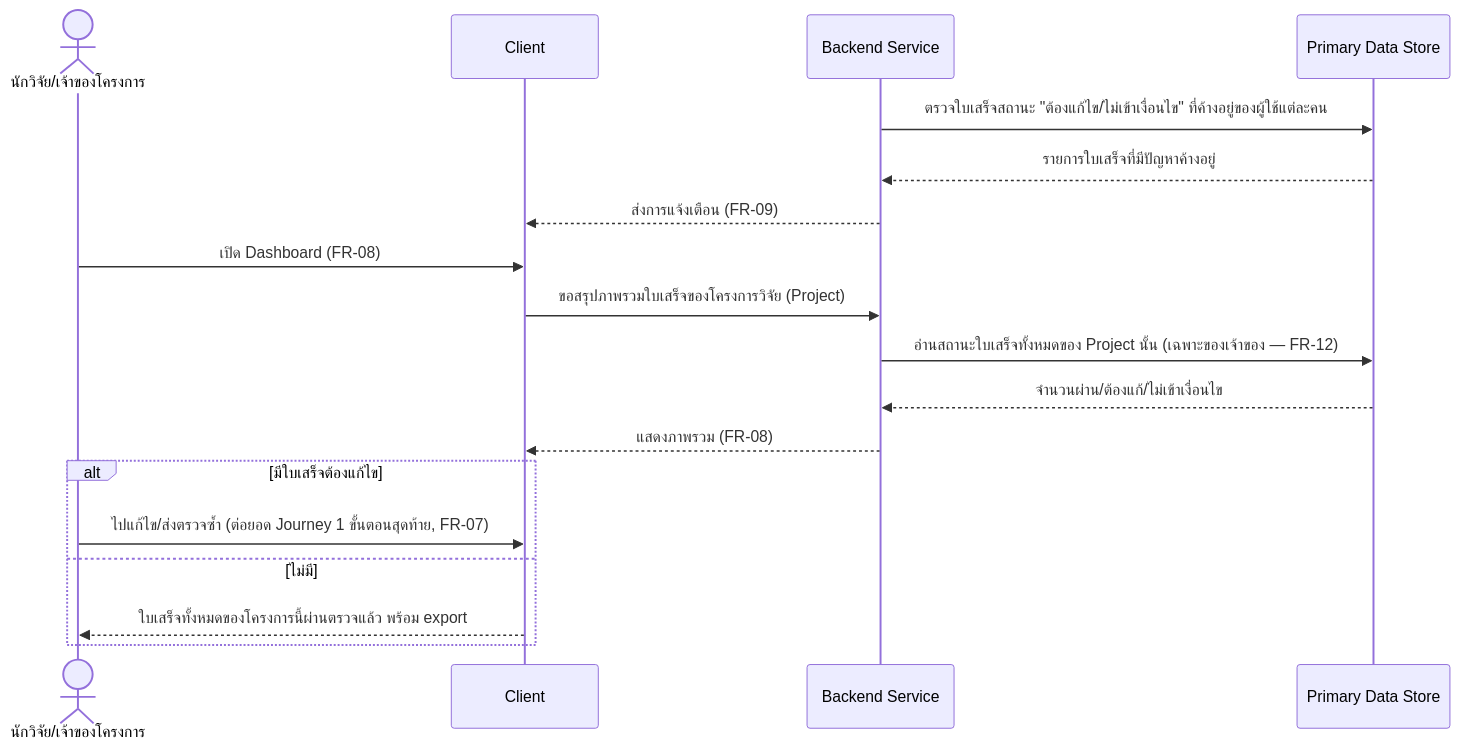
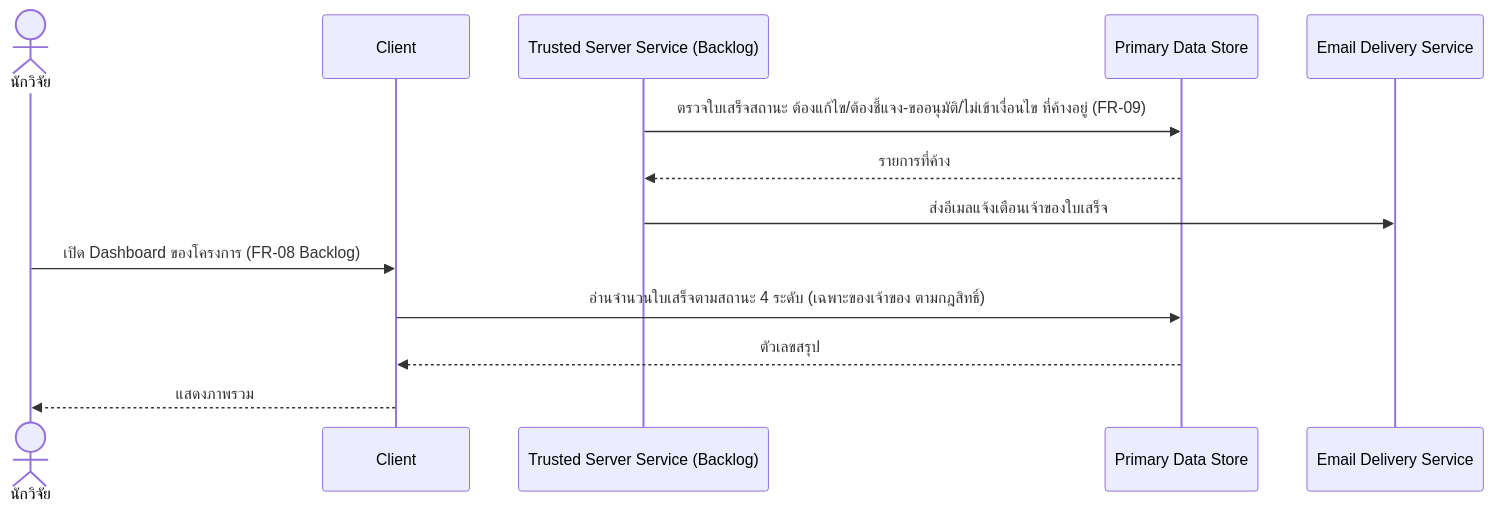
The third of 8 diagrams in docs/02-design/02-technical/architecture.md (ptrsswnr/Grant-Receipt-Assistant), drawn with Mermaid before and after one commit. The commit also changed other lines of this file and 27 other files, not shown here.

````diff
--- a/docs/02-design/02-technical/architecture.md
+++ b/docs/02-design/02-technical/architecture.md
@@ -199,21 +275,16 @@
 ```mermaid
 sequenceDiagram
-    actor R as นักวิจัย/เจ้าของโครงการ
+    actor R as นักวิจัย
     participant C as Client
-    participant B as Backend Service
+    participant B as Trusted Server Service (Backlog)
     participant DS as Primary Data Store
+    participant EM as Email Delivery Service
 
-    B->>DS: ตรวจใบเสร็จสถานะ "ต้องแก้ไข/ไม่เข้าเงื่อนไข" ที่ค้างอยู่ของผู้ใช้แต่ละคน
-    DS-->>B: รายการใบเสร็จที่มีปัญหาค้างอยู่
-    B-->>C: ส่งการแจ้งเตือน (FR-09)
-    R->>C: เปิด Dashboard (FR-08)
-    C->>B: ขอสรุปภาพรวมใบเสร็จของโครงการวิจัย (Project)
-    B->>DS: อ่านสถานะใบเสร็จทั้งหมดของ Project นั้น (เฉพาะของเจ้าของ — FR-12)
-    DS-->>B: จำนวนผ่าน/ต้องแก้/ไม่เข้าเงื่อนไข
-    B-->>C: แสดงภาพรวม (FR-08)
-    alt มีใบเสร็จต้องแก้ไข
-        R->>C: ไปแก้ไข/ส่งตรวจซ้ำ (ต่อยอด Journey 1 ขั้นตอนสุดท้าย, FR-07)
-    else ไม่มี
-        C-->>R: ใบเสร็จทั้งหมดของโครงการนี้ผ่านตรวจแล้ว พร้อม export
-    end
+    B->>DS: ตรวจใบเสร็จสถานะ ต้องแก้ไข/ต้องชี้แจง-ขออนุมัติ/ไม่เข้าเงื่อนไข ที่ค้างอยู่ (FR-09)
+    DS-->>B: รายการที่ค้าง
+    B->>EM: ส่งอีเมลแจ้งเตือนเจ้าของใบเสร็จ
+    R->>C: เปิด Dashboard ของโครงการ (FR-08 Backlog)
+    C->>DS: อ่านจำนวนใบเสร็จตามสถานะ 4 ระดับ (เฉพาะของเจ้าของ ตามกฎสิทธิ์)
+    DS-->>C: ตัวเลขสรุป
+    C-->>R: แสดงภาพรวม
 ```
````
